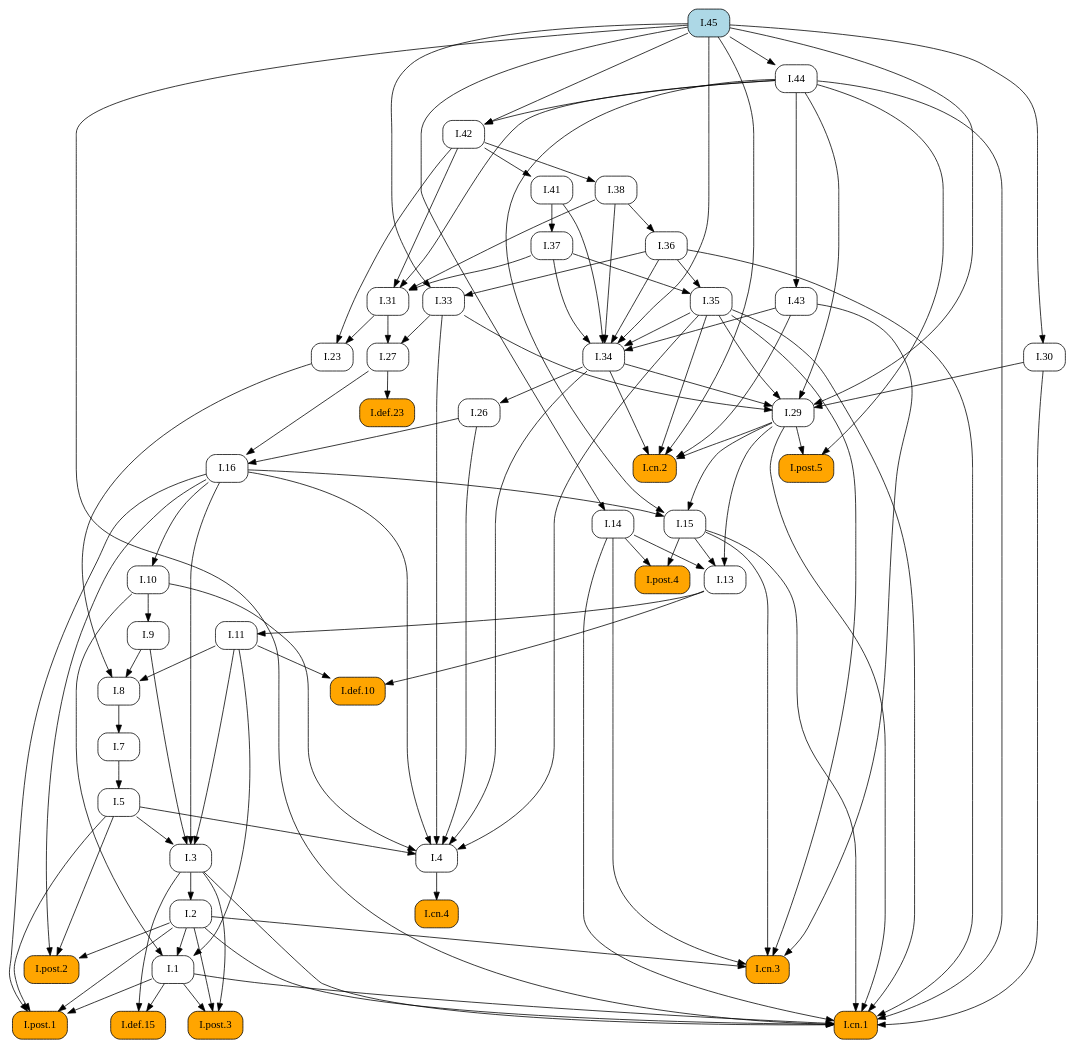
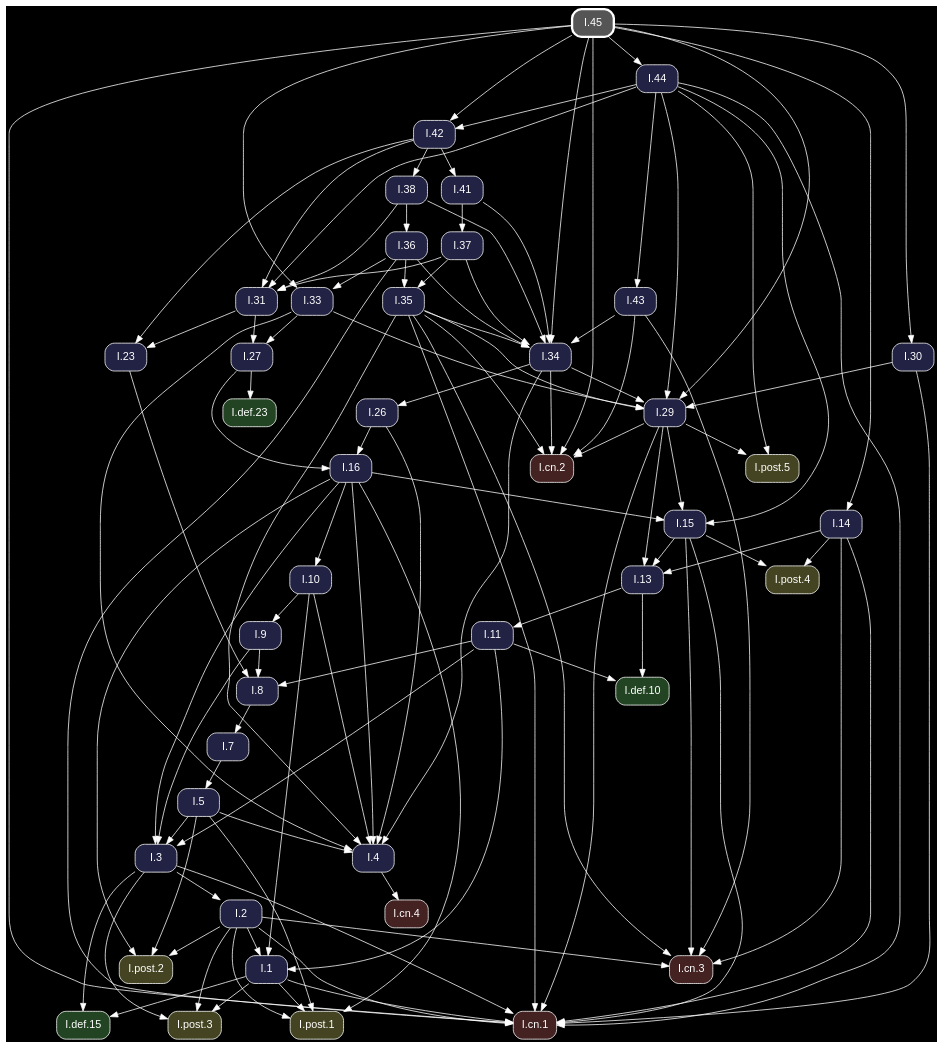
Before and after one commit to geometor/elements: the diagram in docsrc/heath/I/45/index.rst, drawn with Graphviz. The commit also changed other lines of this file and 1200 other files, not shown here.

Commit message:
update dependency graphs

```diff
--- a/docsrc/heath/I/45/index.rst
+++ b/docsrc/heath/I/45/index.rst
@@ -71,91 +71,61 @@
 .. graphviz::
 
    digraph {
+     bgcolor="black";
+     node [shape=box, style="rounded,filled", fontname="Helvetica", color="white", fontcolor="white"];
+     edge [color="white", fontcolor="white"];
      rankdir="TB";
-     node [shape=box, style=rounded];
-     "I.23" [URL="/heath/I/23/", target="_top"];
-     "I.9" [URL="/heath/I/9/", target="_top"];
-     "I.33" [URL="/heath/I/33/", target="_top"];
-     "I.def.15" [style="rounded,filled", fillcolor=orange, URL="/heath/I/def.15/", target="_top"];
-     "I.post.3" [style="rounded,filled", fillcolor=orange, URL="/heath/I/post.3/", target="_top"];
-     "I.post.1" [style="rounded,filled", fillcolor=orange, URL="/heath/I/post.1/", target="_top"];
-     "I.43" [URL="/heath/I/43/", target="_top"];
-     "I.30" [URL="/heath/I/30/", target="_top"];
-     "I.42" [URL="/heath/I/42/", target="_top"];
-     "I.31" [URL="/heath/I/31/", target="_top"];
-     "I.def.10" [style="rounded,filled", fillcolor=orange, URL="/heath/I/def.10/", target="_top"];
-     "I.27" [URL="/heath/I/27/", target="_top"];
-     "I.14" [URL="/heath/I/14/", target="_top"];
-     "I.34" [URL="/heath/I/34/", target="_top"];
-     "I.3" [URL="/heath/I/3/", target="_top"];
-     "I.35" [URL="/heath/I/35/", target="_top"];
-     "I.cn.1" [style="rounded,filled", fillcolor=orange, URL="/heath/I/cn.1/", target="_top"];
-     "I.7" [URL="/heath/I/7/", target="_top"];
-     "I.2" [URL="/heath/I/2/", target="_top"];
-     "I.36" [URL="/heath/I/36/", target="_top"];
-     "I.13" [URL="/heath/I/13/", target="_top"];
-     "I.post.4" [style="rounded,filled", fillcolor=orange, URL="/heath/I/post.4/", target="_top"];
-     "I.4" [URL="/heath/I/4/", target="_top"];
-     "I.1" [URL="/heath/I/1/", target="_top"];
-     "I.5" [URL="/heath/I/5/", target="_top"];
-     "I.8" [URL="/heath/I/8/", target="_top"];
-     "I.37" [URL="/heath/I/37/", target="_top"];
-     "I.45" [style="rounded,filled", fillcolor=lightblue, URL="/heath/I/45/", target="_top"];
-     "I.cn.3" [style="rounded,filled", fillcolor=orange, URL="/heath/I/cn.3/", target="_top"];
-     "I.29" [URL="/heath/I/29/", target="_top"];
-     "I.16" [URL="/heath/I/16/", target="_top"];
-     "I.38" [URL="/heath/I/38/", target="_top"];
-     "I.15" [URL="/heath/I/15/", target="_top"];
-     "I.10" [URL="/heath/I/10/", target="_top"];
-     "I.11" [URL="/heath/I/11/", target="_top"];
-     "I.def.23" [style="rounded,filled", fillcolor=orange, URL="/heath/I/def.23/", target="_top"];
-     "I.cn.2" [style="rounded,filled", fillcolor=orange, URL="/heath/I/cn.2/", target="_top"];
-     "I.post.5" [style="rounded,filled", fillcolor=orange, URL="/heath/I/post.5/", target="_top"];
-     "I.44" [URL="/heath/I/44/", target="_top"];
-     "I.cn.4" [style="rounded,filled", fillcolor=orange, URL="/heath/I/cn.4/", target="_top"];
-     "I.41" [URL="/heath/I/41/", target="_top"];
-     "I.post.2" [style="rounded,filled", fillcolor=orange, URL="/heath/I/post.2/", target="_top"];
-     "I.26" [URL="/heath/I/26/", target="_top"];
-     "I.31" -> "I.23";
-     "I.42" -> "I.23";
-     "I.10" -> "I.9";
-     "I.36" -> "I.33";
-     "I.45" -> "I.33";
-     "I.1" -> "I.def.15";
-     "I.3" -> "I.def.15";
-     "I.1" -> "I.post.3";
-     "I.2" -> "I.post.3";
-     "I.3" -> "I.post.3";
-     "I.1" -> "I.post.1";
-     "I.2" -> "I.post.1";
-     "I.5" -> "I.post.1";
-     "I.16" -> "I.post.1";
-     "I.44" -> "I.43";
-     "I.45" -> "I.30";
-     "I.44" -> "I.42";
-     "I.45" -> "I.42";
+     "I.31" [fillcolor="#222244", URL="/heath/I/31/", target="_top"];
+     "I.3" [fillcolor="#222244", URL="/heath/I/3/", target="_top"];
+     "I.cn.1" [fillcolor="#442222", URL="/heath/I/cn.1/", target="_top"];
+     "I.def.10" [fillcolor="#224422", URL="/heath/I/def.10/", target="_top"];
+     "I.15" [fillcolor="#222244", URL="/heath/I/15/", target="_top"];
+     "I.13" [fillcolor="#222244", URL="/heath/I/13/", target="_top"];
+     "I.27" [fillcolor="#222244", URL="/heath/I/27/", target="_top"];
+     "I.2" [fillcolor="#222244", URL="/heath/I/2/", target="_top"];
+     "I.41" [fillcolor="#222244", URL="/heath/I/41/", target="_top"];
+     "I.cn.2" [fillcolor="#442222", URL="/heath/I/cn.2/", target="_top"];
+     "I.9" [fillcolor="#222244", URL="/heath/I/9/", target="_top"];
+     "I.43" [fillcolor="#222244", URL="/heath/I/43/", target="_top"];
+     "I.post.5" [fillcolor="#444422", URL="/heath/I/post.5/", target="_top"];
+     "I.1" [fillcolor="#222244", URL="/heath/I/1/", target="_top"];
+     "I.post.4" [fillcolor="#444422", URL="/heath/I/post.4/", target="_top"];
+     "I.23" [fillcolor="#222244", URL="/heath/I/23/", target="_top"];
+     "I.42" [fillcolor="#222244", URL="/heath/I/42/", target="_top"];
+     "I.26" [fillcolor="#222244", URL="/heath/I/26/", target="_top"];
+     "I.8" [fillcolor="#222244", URL="/heath/I/8/", target="_top"];
+     "I.4" [fillcolor="#222244", URL="/heath/I/4/", target="_top"];
+     "I.7" [fillcolor="#222244", URL="/heath/I/7/", target="_top"];
+     "I.5" [fillcolor="#222244", URL="/heath/I/5/", target="_top"];
+     "I.10" [fillcolor="#222244", URL="/heath/I/10/", target="_top"];
+     "I.post.1" [fillcolor="#444422", URL="/heath/I/post.1/", target="_top"];
+     "I.11" [fillcolor="#222244", URL="/heath/I/11/", target="_top"];
+     "I.16" [fillcolor="#222244", URL="/heath/I/16/", target="_top"];
+     "I.37" [fillcolor="#222244", URL="/heath/I/37/", target="_top"];
+     "I.cn.3" [fillcolor="#442222", URL="/heath/I/cn.3/", target="_top"];
+     "I.36" [fillcolor="#222244", URL="/heath/I/36/", target="_top"];
+     "I.38" [fillcolor="#222244", URL="/heath/I/38/", target="_top"];
+     "I.29" [fillcolor="#222244", URL="/heath/I/29/", target="_top"];
+     "I.post.2" [fillcolor="#444422", URL="/heath/I/post.2/", target="_top"];
+     "I.cn.4" [fillcolor="#442222", URL="/heath/I/cn.4/", target="_top"];
+     "I.def.23" [fillcolor="#224422", URL="/heath/I/def.23/", target="_top"];
+     "I.14" [fillcolor="#222244", URL="/heath/I/14/", target="_top"];
+     "I.35" [fillcolor="#222244", URL="/heath/I/35/", target="_top"];
+     "I.30" [fillcolor="#222244", URL="/heath/I/30/", target="_top"];
+     "I.post.3" [fillcolor="#444422", URL="/heath/I/post.3/", target="_top"];
+     "I.33" [fillcolor="#222244", URL="/heath/I/33/", target="_top"];
+     "I.45" [penwidth=3, color="white", fillcolor="#555555", URL="/heath/I/45/", target="_top"];
+     "I.34" [fillcolor="#222244", URL="/heath/I/34/", target="_top"];
+     "I.44" [fillcolor="#222244", URL="/heath/I/44/", target="_top"];
+     "I.def.15" [fillcolor="#224422", URL="/heath/I/def.15/", target="_top"];
      "I.37" -> "I.31";
      "I.38" -> "I.31";
      "I.42" -> "I.31";
      "I.44" -> "I.31";
-     "I.11" -> "I.def.10";
-     "I.13" -> "I.def.10";
-     "I.31" -> "I.27";
-     "I.33" -> "I.27";
-     "I.45" -> "I.14";
-     "I.35" -> "I.34";
-     "I.36" -> "I.34";
-     "I.37" -> "I.34";
-     "I.38" -> "I.34";
-     "I.41" -> "I.34";
-     "I.43" -> "I.34";
-     "I.45" -> "I.34";
      "I.5" -> "I.3";
      "I.9" -> "I.3";
      "I.11" -> "I.3";
      "I.16" -> "I.3";
-     "I.36" -> "I.35";
-     "I.37" -> "I.35";
      "I.1" -> "I.cn.1";
      "I.2" -> "I.cn.1";
      "I.3" -> "I.cn.1";
@@ -167,14 +137,40 @@
      "I.36" -> "I.cn.1";
      "I.44" -> "I.cn.1";
      "I.45" -> "I.cn.1";
-     "I.8" -> "I.7";
-     "I.3" -> "I.2";
-     "I.38" -> "I.36";
+     "I.11" -> "I.def.10";
+     "I.13" -> "I.def.10";
+     "I.16" -> "I.15";
+     "I.29" -> "I.15";
+     "I.44" -> "I.15";
      "I.14" -> "I.13";
      "I.15" -> "I.13";
      "I.29" -> "I.13";
+     "I.31" -> "I.27";
+     "I.33" -> "I.27";
+     "I.3" -> "I.2";
+     "I.42" -> "I.41";
+     "I.29" -> "I.cn.2";
+     "I.34" -> "I.cn.2";
+     "I.35" -> "I.cn.2";
+     "I.43" -> "I.cn.2";
+     "I.45" -> "I.cn.2";
+     "I.10" -> "I.9";
+     "I.44" -> "I.43";
+     "I.29" -> "I.post.5";
+     "I.44" -> "I.post.5";
+     "I.2" -> "I.1";
+     "I.10" -> "I.1";
+     "I.11" -> "I.1";
      "I.14" -> "I.post.4";
      "I.15" -> "I.post.4";
+     "I.31" -> "I.23";
+     "I.42" -> "I.23";
+     "I.44" -> "I.42";
+     "I.45" -> "I.42";
+     "I.34" -> "I.26";
+     "I.9" -> "I.8";
+     "I.11" -> "I.8";
+     "I.23" -> "I.8";
      "I.5" -> "I.4";
      "I.10" -> "I.4";
      "I.16" -> "I.4";
@@ -182,46 +178,52 @@
      "I.33" -> "I.4";
      "I.34" -> "I.4";
      "I.35" -> "I.4";
-     "I.2" -> "I.1";
-     "I.10" -> "I.1";
-     "I.11" -> "I.1";
+     "I.8" -> "I.7";
      "I.7" -> "I.5";
-     "I.9" -> "I.8";
-     "I.11" -> "I.8";
-     "I.23" -> "I.8";
+     "I.16" -> "I.10";
+     "I.1" -> "I.post.1";
+     "I.2" -> "I.post.1";
+     "I.5" -> "I.post.1";
+     "I.16" -> "I.post.1";
+     "I.13" -> "I.11";
+     "I.26" -> "I.16";
+     "I.27" -> "I.16";
      "I.41" -> "I.37";
      "I.2" -> "I.cn.3";
      "I.14" -> "I.cn.3";
      "I.15" -> "I.cn.3";
      "I.35" -> "I.cn.3";
      "I.43" -> "I.cn.3";
+     "I.38" -> "I.36";
+     "I.42" -> "I.38";
      "I.30" -> "I.29";
      "I.33" -> "I.29";
      "I.34" -> "I.29";
      "I.35" -> "I.29";
      "I.44" -> "I.29";
      "I.45" -> "I.29";
-     "I.26" -> "I.16";
-     "I.27" -> "I.16";
-     "I.42" -> "I.38";
-     "I.16" -> "I.15";
-     "I.29" -> "I.15";
-     "I.44" -> "I.15";
-     "I.16" -> "I.10";
-     "I.13" -> "I.11";
-     "I.27" -> "I.def.23";
-     "I.29" -> "I.cn.2";
-     "I.34" -> "I.cn.2";
-     "I.35" -> "I.cn.2";
-     "I.43" -> "I.cn.2";
-     "I.45" -> "I.cn.2";
-     "I.29" -> "I.post.5";
-     "I.44" -> "I.post.5";
-     "I.45" -> "I.44";
-     "I.4" -> "I.cn.4";
-     "I.42" -> "I.41";
      "I.2" -> "I.post.2";
      "I.5" -> "I.post.2";
      "I.16" -> "I.post.2";
-     "I.34" -> "I.26";
+     "I.4" -> "I.cn.4";
+     "I.27" -> "I.def.23";
+     "I.45" -> "I.14";
+     "I.36" -> "I.35";
+     "I.37" -> "I.35";
+     "I.45" -> "I.30";
+     "I.1" -> "I.post.3";
+     "I.2" -> "I.post.3";
+     "I.3" -> "I.post.3";
+     "I.36" -> "I.33";
+     "I.45" -> "I.33";
+     "I.35" -> "I.34";
+     "I.36" -> "I.34";
+     "I.37" -> "I.34";
+     "I.38" -> "I.34";
+     "I.41" -> "I.34";
+     "I.43" -> "I.34";
+     "I.45" -> "I.34";
+     "I.45" -> "I.44";
+     "I.1" -> "I.def.15";
+     "I.3" -> "I.def.15";
    }
```
